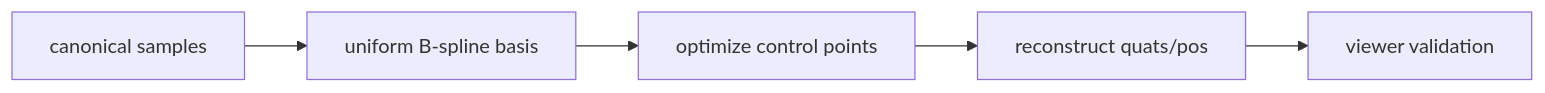
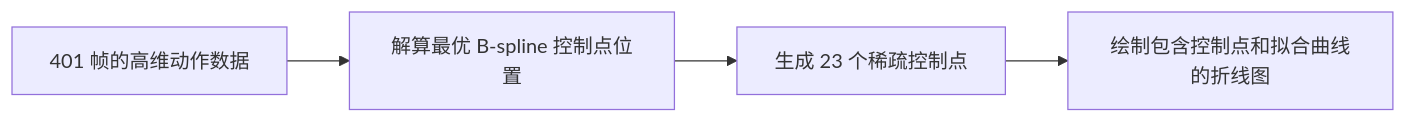
One commit to EvihGraphics/AnimationTech-HTC changed the seventh of 9 diagrams in docs/blog/AnimationPapers/verbs_and_adverbs/README.md. Above: the diagram before and after it, drawn with Mermaid. The commit also changed other lines of this file and 17 other files, not shown here.

Commit message:
docs(blog): standardize AnimationPapers and Theory with modular mermaid flows and media assets

````diff
--- a/docs/blog/AnimationPapers/verbs_and_adverbs/README.md
+++ b/docs/blog/AnimationPapers/verbs_and_adverbs/README.md
@@ -89,7 +161,6 @@
 ```mermaid
 flowchart LR
-    A[canonical samples] --> B[uniform B-spline basis]
-    B --> C[optimize control points]
-    C --> D[reconstruct quats/pos]
-    D --> V[viewer validation]
+    A[401 帧的高维动作数据] --> B[解算最优 B-spline 控制点位置]
+    B --> C[生成 23 个稀疏控制点]
+    C --> D[绘制包含控制点和拟合曲线的折线图]
 ```
````
